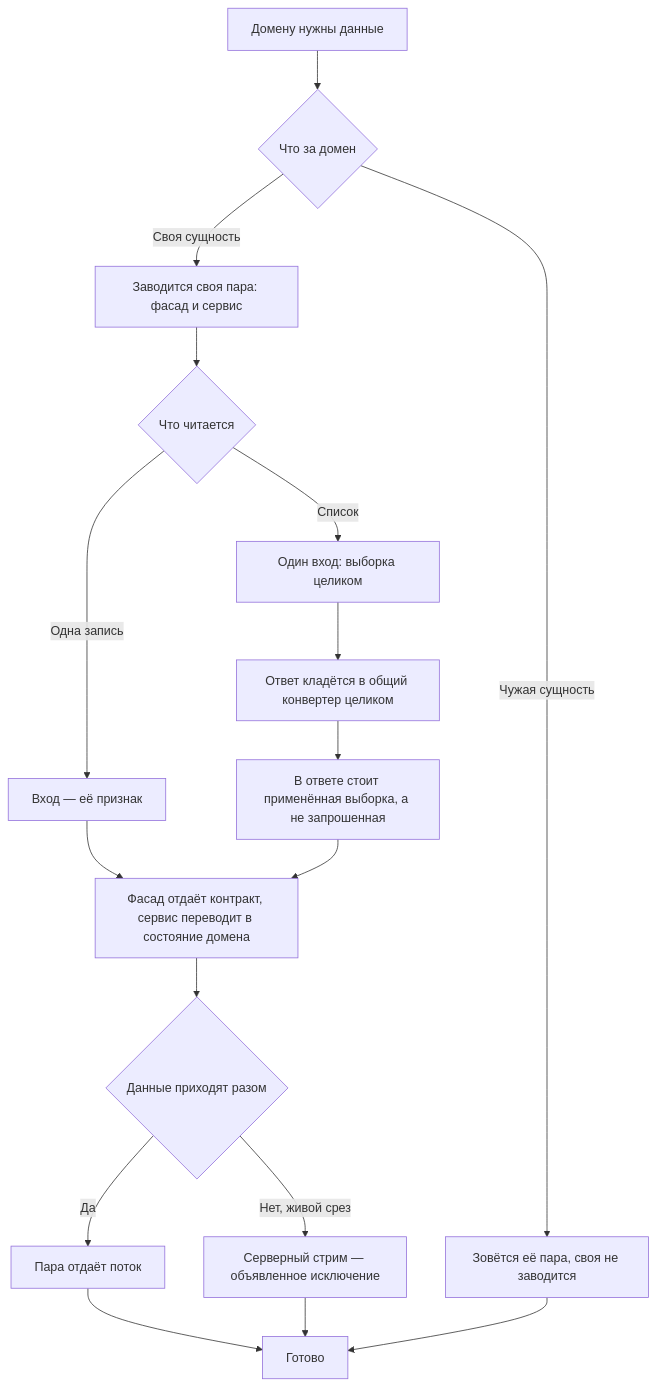
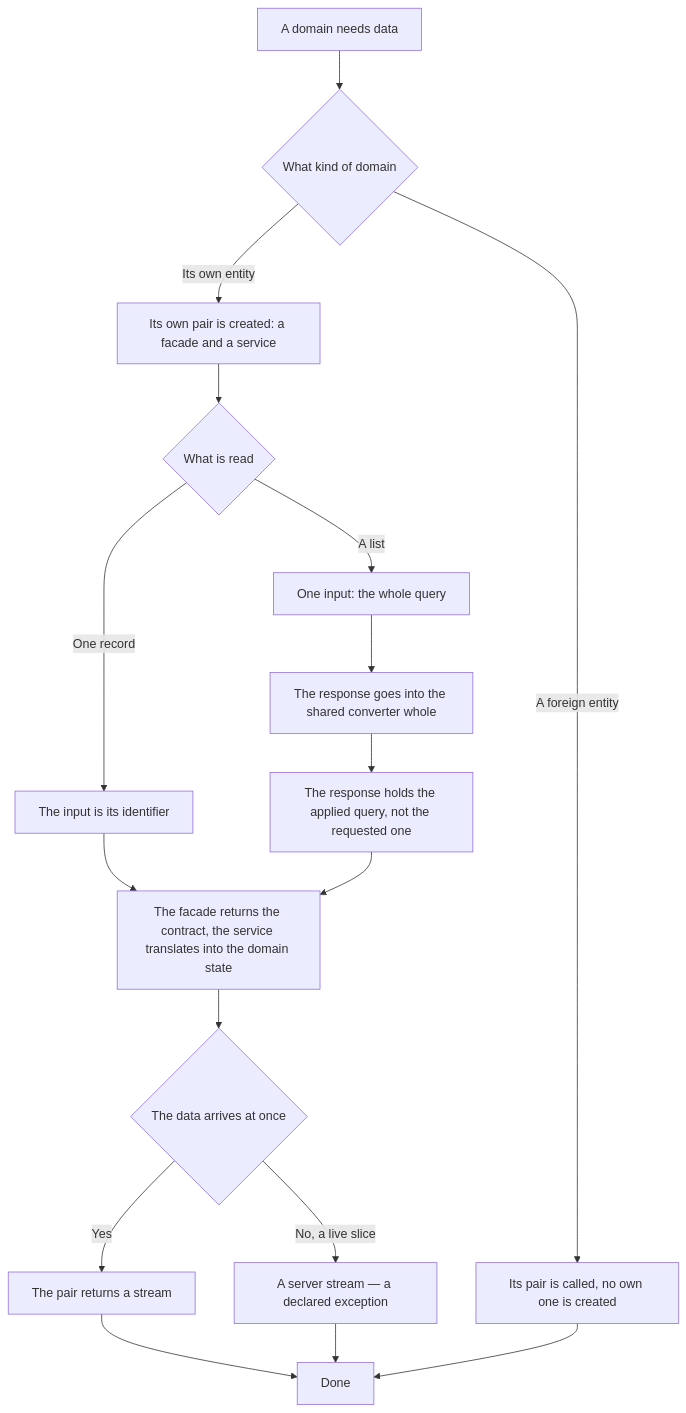
Before and after one commit to Eyhenij/rt-tools: the diagram in projects/agent-kit/assets/rules/api-layer.md, drawn with Mermaid. The commit also changed other lines of this file and 33 other files, not shown here.

````diff
--- a/projects/agent-kit/assets/rules/api-layer.md
+++ b/projects/agent-kit/assets/rules/api-layer.md
@@ -38,19 +39,19 @@
 ```mermaid
 flowchart TD
-    A[Домену нужны данные] --> B{Что за домен}
-    B -->|Своя сущность| C[Заводится своя пара: фасад и сервис]
-    B -->|Чужая сущность| D[Зовётся её пара, своя не заводится]
-    C --> E{Что читается}
-    E -->|Список| F[Один вход: выборка целиком]
-    E -->|Одна запись| G[Вход — её признак]
-    F --> H[Ответ кладётся в общий конвертер целиком]
-    H --> I[В ответе стоит применённая выборка, а не запрошенная]
-    G --> J[Фасад отдаёт контракт, сервис переводит в состояние домена]
+    A[A domain needs data] --> B{What kind of domain}
+    B -->|Its own entity| C[Its own pair is created: a facade and a service]
+    B -->|A foreign entity| D[Its pair is called, no own one is created]
+    C --> E{What is read}
+    E -->|A list| F[One input: the whole query]
+    E -->|One record| G[The input is its identifier]
+    F --> H[The response goes into the shared converter whole]
+    H --> I[The response holds the applied query, not the requested one]
+    G --> J[The facade returns the contract, the service translates into the domain state]
     I --> J
-    J --> K{Данные приходят разом}
-    K -->|Да| L[Пара отдаёт поток]
-    K -->|Нет, живой срез| M[Серверный стрим — объявленное исключение]
-    L --> N[Готово]
+    J --> K{The data arrives at once}
+    K -->|Yes| L[The pair returns a stream]
+    K -->|No, a live slice| M[A server stream — a declared exception]
+    L --> N[Done]
     M --> N
     D --> N
 ```
````
